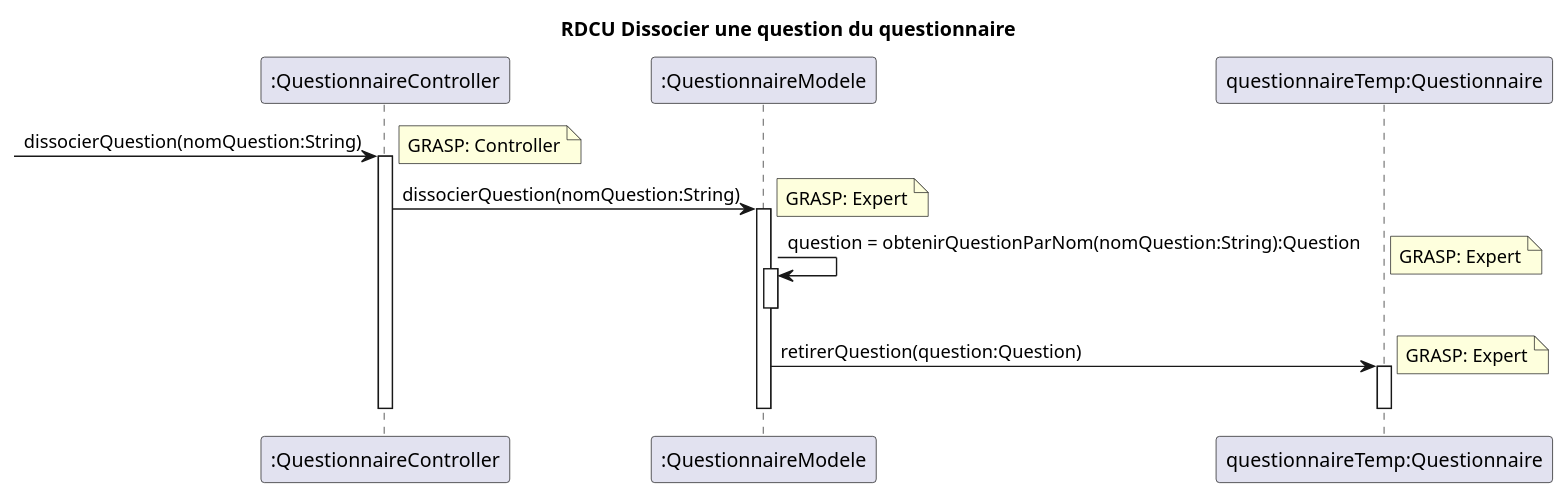
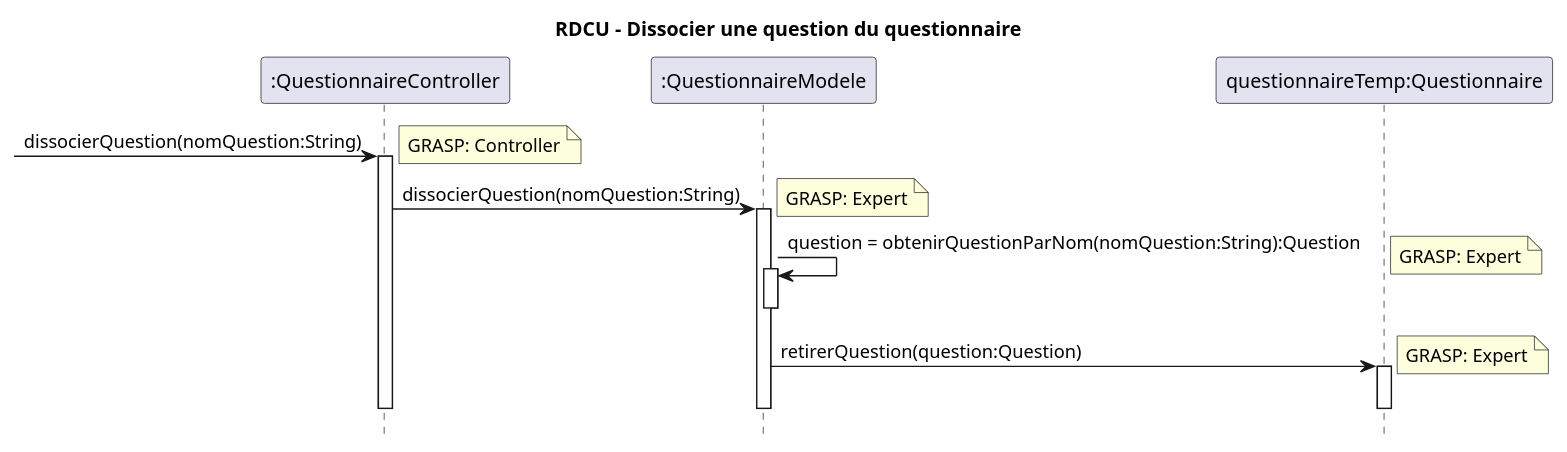
One commit to xMrYahya/moodle-clone changed the diagram in docs/modeles/cu05/rdcu-dissocier-question.puml. Above: the diagram before and after it, drawn with PlantUML. The commit also changed 20 other files, not shown here.

```diff
--- a/docs/modeles/cu05/rdcu-dissocier-question.puml
+++ b/docs/modeles/cu05/rdcu-dissocier-question.puml
@@ -1,22 +1,23 @@
 @startuml
-title RDCU Dissocier une question du questionnaire
+hide footbox
+title RDCU - Dissocier une question du questionnaire
 
 participant ":QuestionnaireController" as controller
 participant ":QuestionnaireModele" as questionnaireModele
 participant "questionnaireTemp:Questionnaire" as temp
 
 -> controller : dissocierQuestion(nomQuestion:String)
     note right: GRASP: Controller
     activate controller
     controller -> questionnaireModele ++: dissocierQuestion(nomQuestion:String)
     note right: GRASP: Expert
     questionnaireModele -> questionnaireModele ++: question = obtenirQuestionParNom(nomQuestion:String):Question
     note right: GRASP: Expert
     deactivate questionnaireModele
     questionnaireModele -> temp ++: retirerQuestion(question:Question)
     note right: GRASP: Expert
     deactivate temp
     deactivate questionnaireModele
     deactivate controller
 
 @enduml
```
